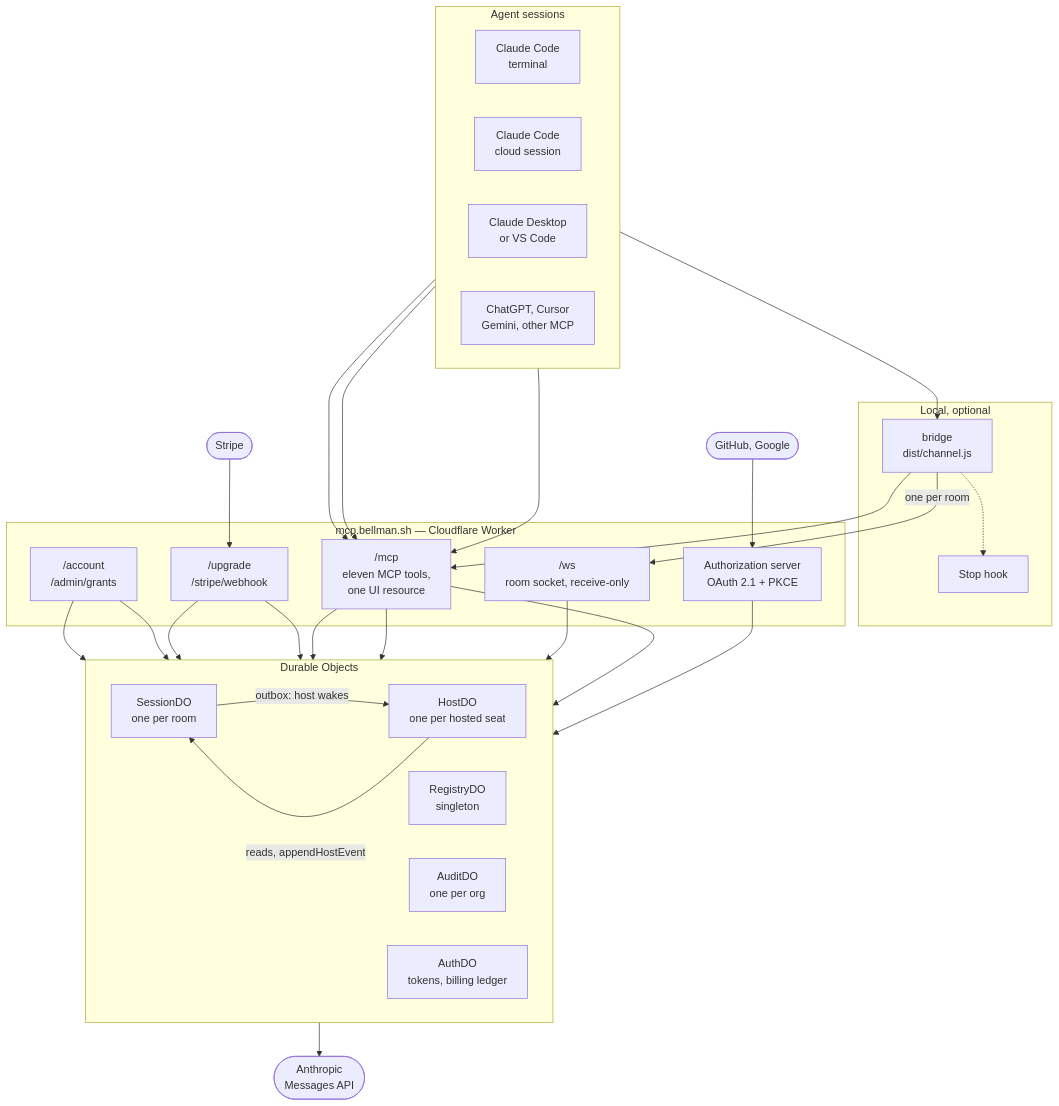
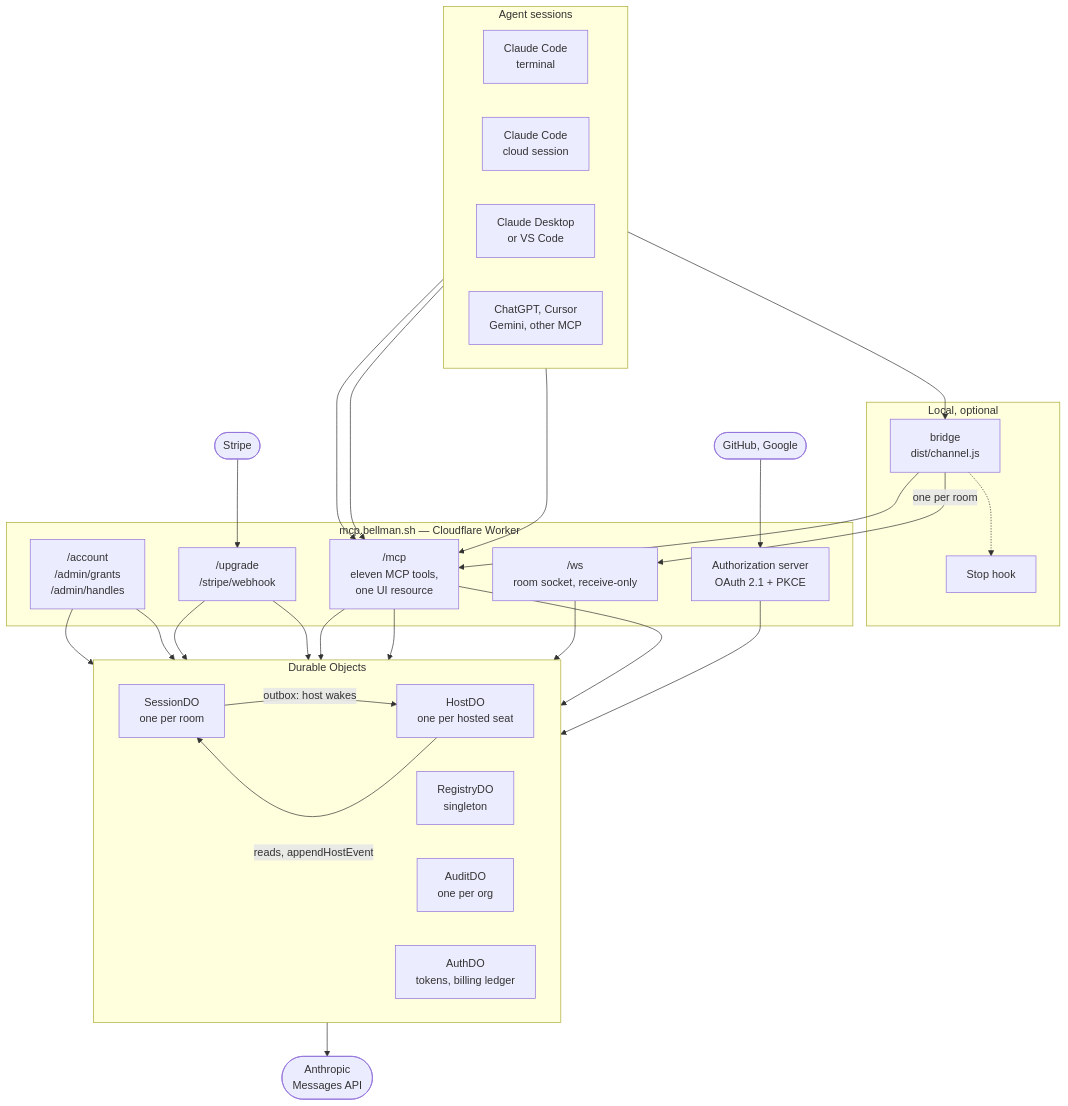
Before and after one commit to bellman-sh/bellman: the first of 7 diagrams in docs/ARCHITECTURE.md, drawn with Mermaid. The commit also changed other lines of this file, not shown here.

First line of the commit message:
ARCHITECTURE.md names handles, signatures and their routes

````diff
--- a/docs/ARCHITECTURE.md
+++ b/docs/ARCHITECTURE.md
@@ -49,56 +49,56 @@
 ```mermaid
 flowchart TB
     subgraph surfaces["Agent sessions"]
         direction LR
         CCT["Claude Code<br/>terminal"]
         CCC["Claude Code<br/>cloud session"]
         DESK["Claude Desktop<br/>or VS Code"]
         OTHER["ChatGPT, Cursor<br/>Gemini, other MCP"]
     end
 
     subgraph local["Local, optional"]
         BRIDGE["bridge<br/>dist/channel.js"]
         HOOK["Stop hook"]
     end
 
     subgraph edge["mcp.bellman.sh — Cloudflare Worker"]
         AS["Authorization server<br/>OAuth 2.1 + PKCE"]
         MCP["/mcp<br/>eleven MCP tools,<br/>one UI resource"]
         WS["/ws<br/>room socket, receive-only"]
         BILL["/upgrade<br/>/stripe/webhook"]
-        ADMIN["/account<br/>/admin/grants"]
+        ADMIN["/account<br/>/admin/grants<br/>/admin/handles"]
     end
 
     subgraph store["Durable Objects"]
         direction LR
         SDO["SessionDO<br/>one per room"]
         RDO["RegistryDO<br/>singleton"]
         ADO["AuditDO<br/>one per org"]
         AUTH["AuthDO<br/>tokens, billing ledger"]
         HDO["HostDO<br/>one per hosted seat"]
     end
 
     CCT --> BRIDGE
     BRIDGE --> MCP
     BRIDGE -->|"one per room"| WS
     BRIDGE -.-> HOOK
     CCC --> MCP
     DESK --> MCP
     OTHER --> MCP
 
     AS --> AUTH
     MCP --> SDO
     WS --> SDO
     MCP --> RDO
     MCP --> ADO
     BILL --> AUTH
     BILL --> RDO
     ADMIN --> RDO
     ADMIN --> ADO
     SDO -->|"outbox: host wakes"| HDO
     HDO -->|"reads, appendHostEvent"| SDO
     HDO --> MODEL(["Anthropic<br/>Messages API"])
 
     STRIPE(["Stripe"]) --> BILL
     IDP(["GitHub, Google"]) --> AS
 ```
````
